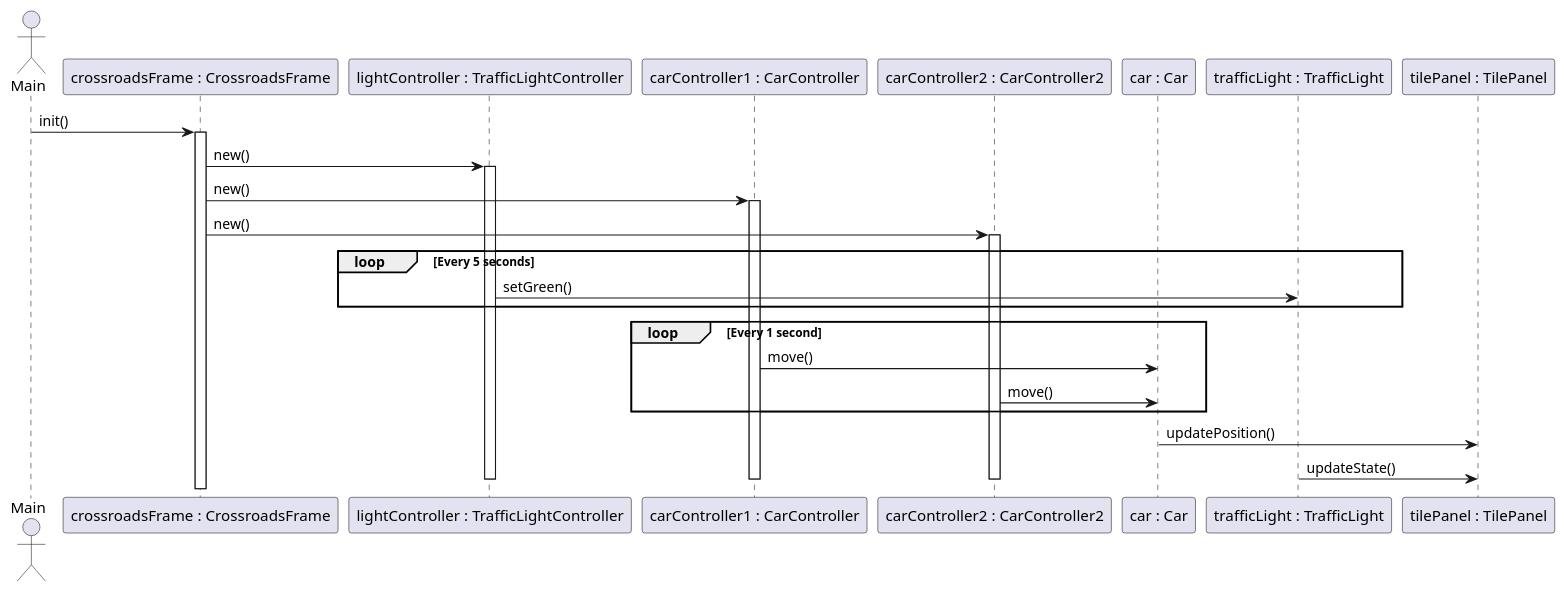
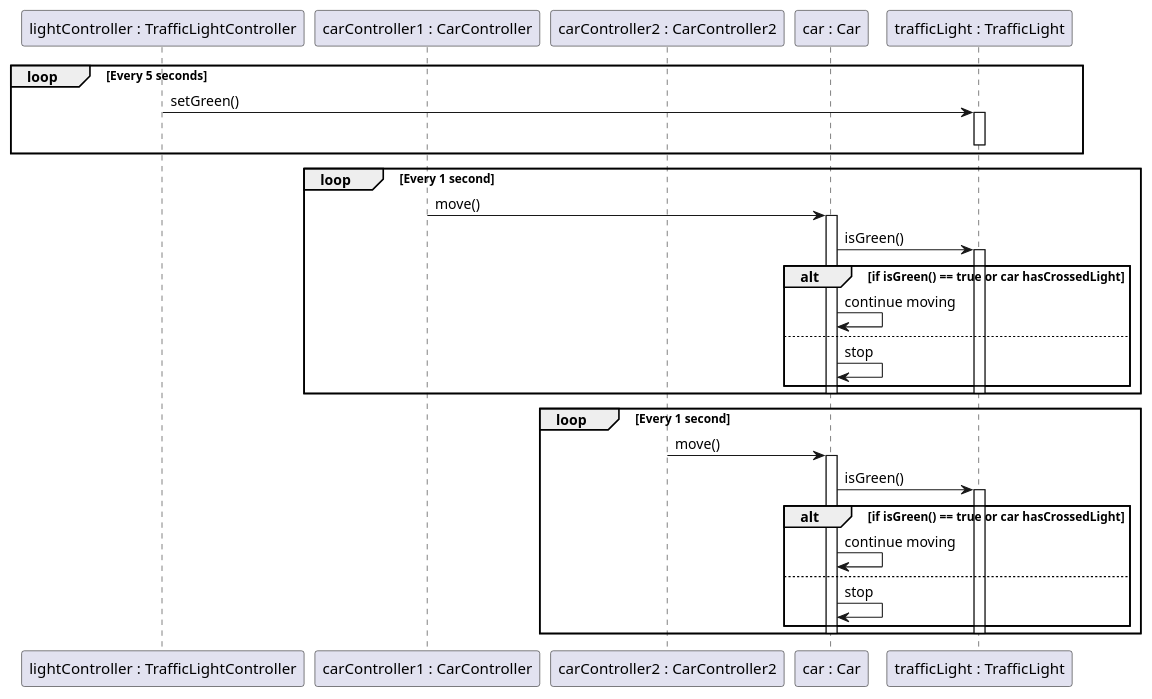
Before and after one commit to albigrainca/Crossroads: the diagram in src/resources/diagramme_sequence.puml, drawn with PlantUML.

Commit message:
work in progress

```diff
--- a/src/resources/diagramme_sequence.puml
+++ b/src/resources/diagramme_sequence.puml
@@ -1,40 +1,49 @@
 @startuml
 
-actor Main
-participant "crossroadsFrame : CrossroadsFrame" as CrossroadsFrame
 participant "lightController : TrafficLightController" as TrafficLightController
 participant "carController1 : CarController" as CarController1
 participant "carController2 : CarController2" as CarController2
 participant "car : Car" as Car
 participant "trafficLight : TrafficLight" as TrafficLight
-participant "tilePanel : TilePanel" as TilePanel
 
-Main -> CrossroadsFrame: init()
-activate CrossroadsFrame
+box "Thread TrafficLightController"
+    loop Every 5 seconds
+        TrafficLightController -> TrafficLight: setGreen()
+        activate TrafficLight
+        deactivate TrafficLight
+    end
+end box
 
-CrossroadsFrame -> TrafficLightController: new()
-activate TrafficLightController
+box "Thread CarController"
+    loop Every 1 second
+        CarController1 -> Car: move()
+        activate Car
+        Car -> TrafficLight: isGreen()
+        activate TrafficLight
+        alt if isGreen() == true or car hasCrossedLight
+            Car -> Car: continue moving
+        else
+            Car -> Car: stop
+        end
+        deactivate TrafficLight
+        deactivate Car
+    end
+end box
 
-CrossroadsFrame -> CarController1: new()
-activate CarController1
-
-CrossroadsFrame -> CarController2: new()
-activate CarController2
-
-loop Every 5 seconds
-    TrafficLightController -> TrafficLight: setGreen()
-end
-
-loop Every 1 second
-    CarController1 -> Car: move()
-    CarController2 -> Car: move()
-end
-
-Car -> TilePanel: updatePosition()
-TrafficLight -> TilePanel: updateState()
-
-deactivate TrafficLightController
-deactivate CarController1
-deactivate CarController2
+box "Thread CarController2"
+    loop Every 1 second
+        CarController2 -> Car: move()
+        activate Car
+        Car -> TrafficLight: isGreen()
+        activate TrafficLight
+        alt if isGreen() == true or car hasCrossedLight
+            Car -> Car: continue moving
+        else
+            Car -> Car: stop
+        end
+        deactivate TrafficLight
+        deactivate Car
+    end
+end box
 
 @enduml
```
